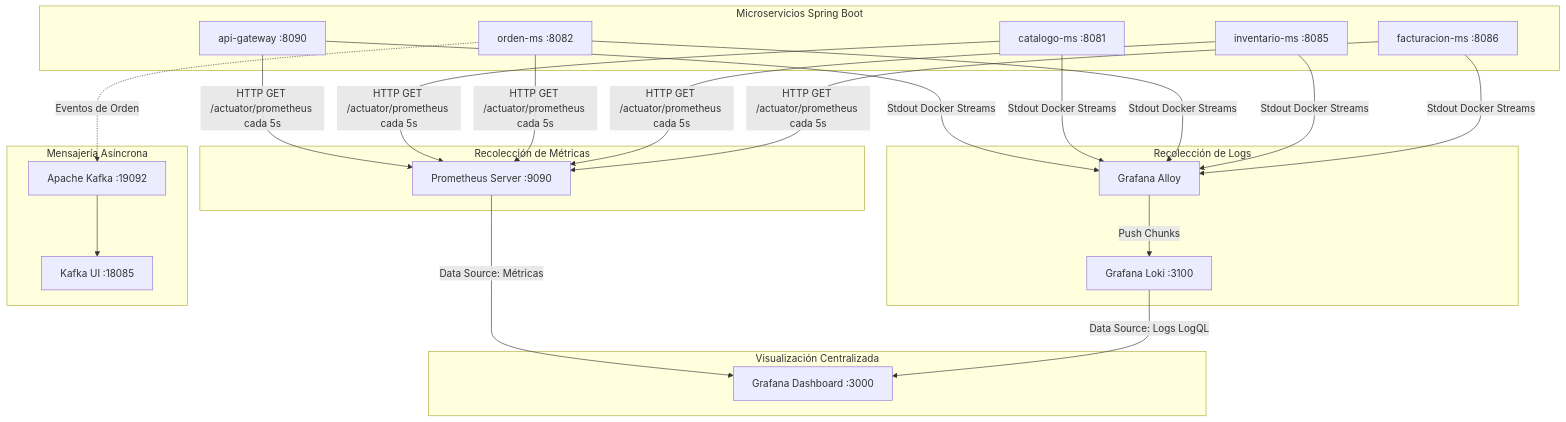
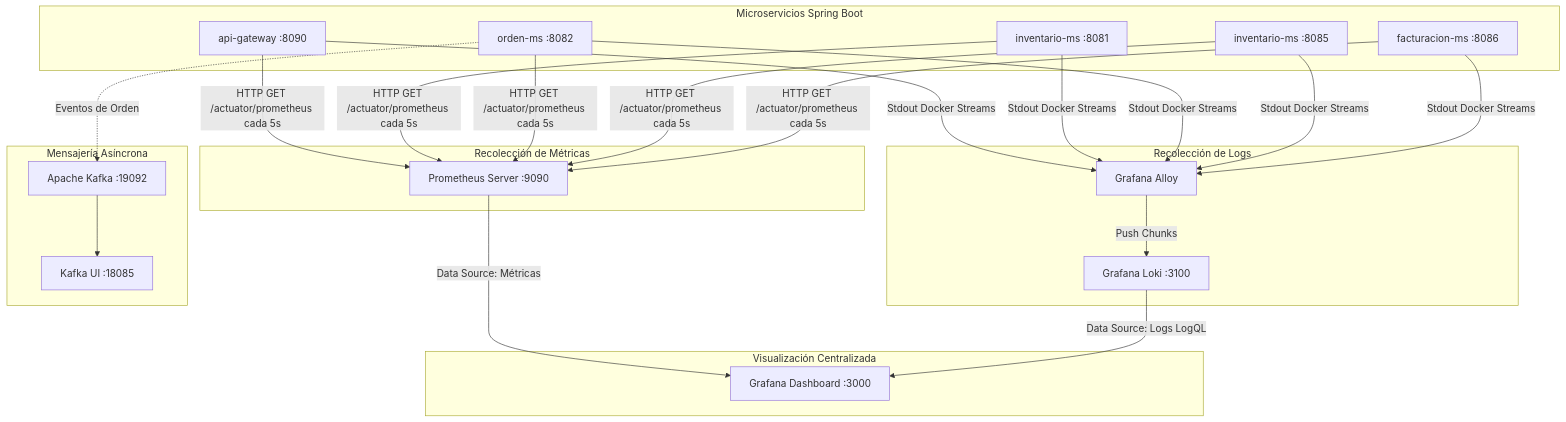
Before and after one commit to rbn-69-cod/MediZano_microservicios: the diagram in docs/sesiones/S10_Observabilidad_Diagnostico_Sistemas_Distribuidos.md, drawn with Mermaid. The commit also changed other lines of this file and 68 other files, not shown here.

````diff
--- a/docs/sesiones/S10_Observabilidad_Diagnostico_Sistemas_Distribuidos.md
+++ b/docs/sesiones/S10_Observabilidad_Diagnostico_Sistemas_Distribuidos.md
@@ -15,29 +15,29 @@
 ```mermaid
 flowchart TD
     subgraph Microservicios Spring Boot
       MS1[api-gateway :8090]
-      MS2[catalogo-ms :8081]
+      MS2[inventario-ms :8081]
       MS3[orden-ms :8082]
       MS4[inventario-ms :8085]
       MS5[facturacion-ms :8086]
     end
 
     subgraph Recolección de Métricas
       MS1 & MS2 & MS3 & MS4 & MS5 -->|HTTP GET /actuator/prometheus cada 5s| PROM[Prometheus Server :9090]
     end
 
     subgraph Recolección de Logs
       MS1 & MS2 & MS3 & MS4 & MS5 -->|Stdout Docker Streams| ALLOY[Grafana Alloy]
       ALLOY -->|Push Chunks| LOKI[Grafana Loki :3100]
     end
 
     subgraph Mensajería Asíncrona
       MS3 -.->|Eventos de Orden| KAFKA[Apache Kafka :19092]
       KAFKA --> KAFKAUI[Kafka UI :18085]
     end
 
     subgraph Visualización Centralizada
       PROM -->|Data Source: Métricas| GRAF[Grafana Dashboard :3000]
       LOKI -->|Data Source: Logs LogQL| GRAF
     end
 ```
````
